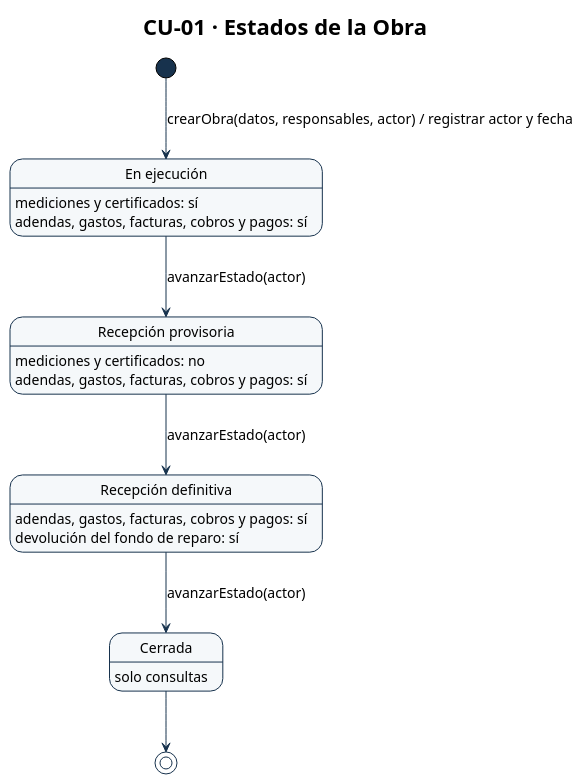
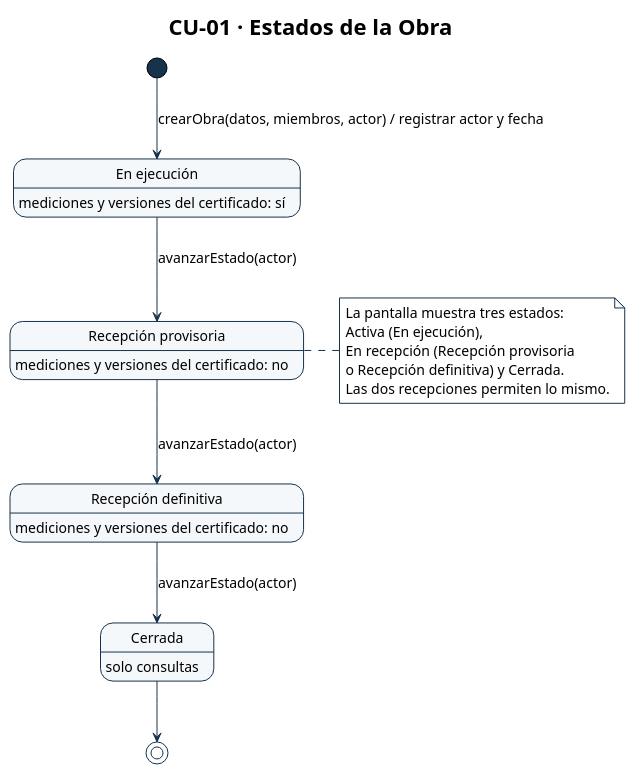
One commit to Ssrrb/tpf-uca changed the diagram in diagramas/CU-01-estados.puml. Above: the diagram before and after it, drawn with PlantUML. The commit also changed 41 other files, not shown here.

First line of the commit message:
Diagramas de los 16 CU en el MVP: ajustes de CU-01 a CU-09 y diagramas nuevos de CU-10 a CU-16

```diff
--- a/diagramas/CU-01-estados.puml
+++ b/diagramas/CU-01-estados.puml
@@ -1,55 +1,60 @@
 @startuml
 !theme plain
 skinparam style strictuml
 skinparam shadowing false
 skinparam defaultFontName Arial
 skinparam defaultFontSize 14
 skinparam ArrowColor #17324D
 skinparam activity {
   StartColor #17324D
   EndColor #17324D
   BarColor #17324D
   BackgroundColor #F5F8FA
   BorderColor #17324D
   DiamondBackgroundColor #EAF2F6
   DiamondBorderColor #17324D
 }
 skinparam swimlane {
   BorderColor #17324D
   TitleBackgroundColor #EAF2F6
 }
 skinparam state {
   StartColor #17324D
   EndColor #17324D
   BackgroundColor #F5F8FA
   BorderColor #17324D
 }
 skinparam package {
   BackgroundColor #EAF2F6
   BorderColor #17324D
 }
 skinparam note {
   BackgroundColor #FFFFFF
   BorderColor #17324D
 }
 title CU-01 · Estados de la Obra
 state "En ejecución" as en_ejecucion
 state "Recepción provisoria" as recepcion_provisoria
 state "Recepción definitiva" as recepcion_definitiva
 state "Cerrada" as cerrada
 
-en_ejecucion : mediciones y certificados: sí
-en_ejecucion : adendas, gastos, facturas, cobros y pagos: sí
-recepcion_provisoria : mediciones y certificados: no
-recepcion_provisoria : adendas, gastos, facturas, cobros y pagos: sí
-recepcion_definitiva : adendas, gastos, facturas, cobros y pagos: sí
-recepcion_definitiva : devolución del fondo de reparo: sí
+en_ejecucion : mediciones y versiones del certificado: sí
+recepcion_provisoria : mediciones y versiones del certificado: no
+recepcion_definitiva : mediciones y versiones del certificado: no
 cerrada : solo consultas
 
-[*] --> en_ejecucion : crearObra(datos, responsables, actor) / registrar actor y fecha
+[*] --> en_ejecucion : crearObra(datos, miembros, actor) / registrar actor y fecha
 en_ejecucion --> recepcion_provisoria : avanzarEstado(actor)
 recepcion_provisoria --> recepcion_definitiva : avanzarEstado(actor)
 recepcion_definitiva --> cerrada : avanzarEstado(actor)
 cerrada --> [*]
 
+note right of recepcion_provisoria
+  La pantalla muestra tres estados:
+  Activa (En ejecución),
+  En recepción (Recepción provisoria
+  o Recepción definitiva) y Cerrada.
+  Las dos recepciones permiten lo mismo.
+end note
+
 @enduml
```
